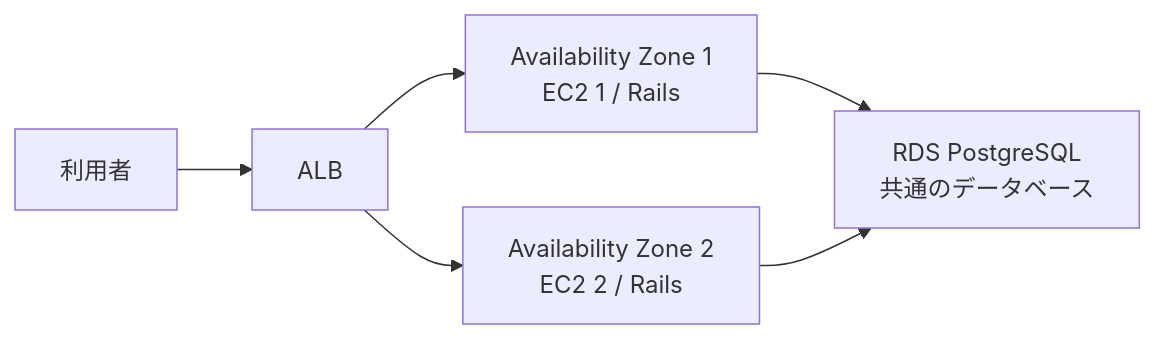
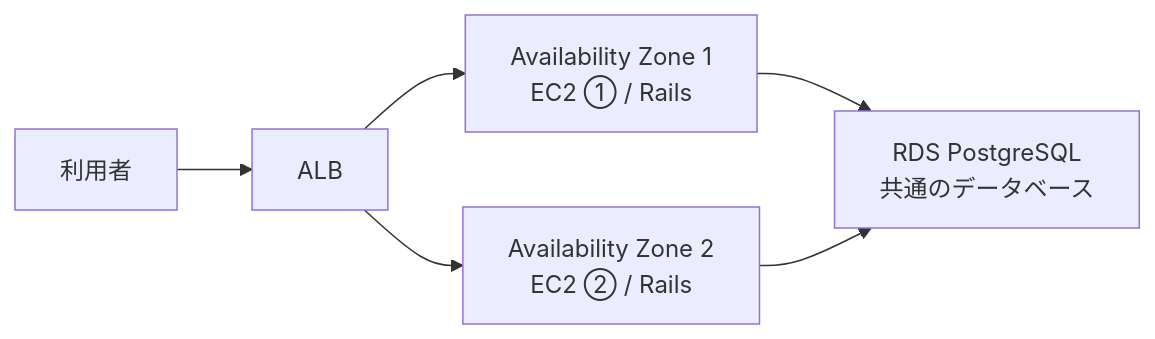
Before and after one commit to TORIFUKUKaiou/rails-dojo-year2-content: the diagram in 12/practice.md, drawn with Mermaid. The commit also changed other lines of this file and 1 other file, not shown here.

Commit message:
Refactor week 12 curriculum to serialize EC2 setup steps and refine presentation diagrams

````diff
--- a/12/practice.md
+++ b/12/practice.md
@@ -20,8 +20,8 @@
 ```mermaid
 flowchart LR
   U["利用者"] --> ALB["ALB"]
-  ALB --> EC21["Availability Zone 1<br>EC2 1 / Rails"]
-  ALB --> EC22["Availability Zone 2<br>EC2 2 / Rails"]
+  ALB --> EC21["Availability Zone 1<br>EC2 ① / Rails"]
+  ALB --> EC22["Availability Zone 2<br>EC2 ② / Rails"]
   EC21 --> RDS["RDS PostgreSQL<br>共通のデータベース"]
   EC22 --> RDS
 ```
````
